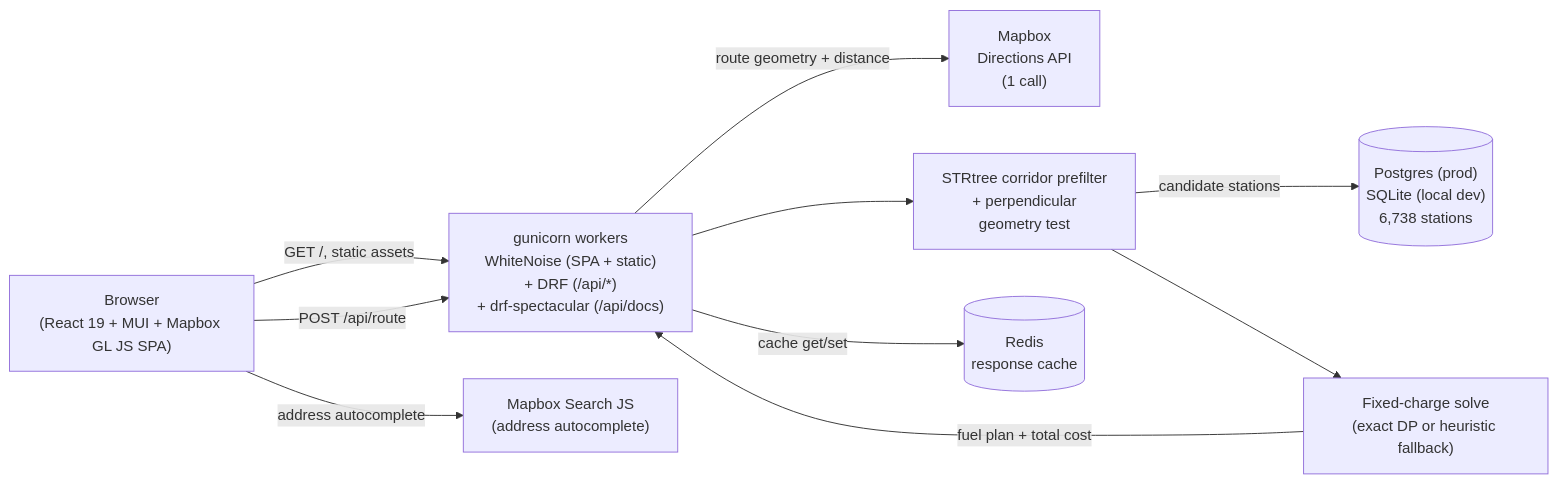
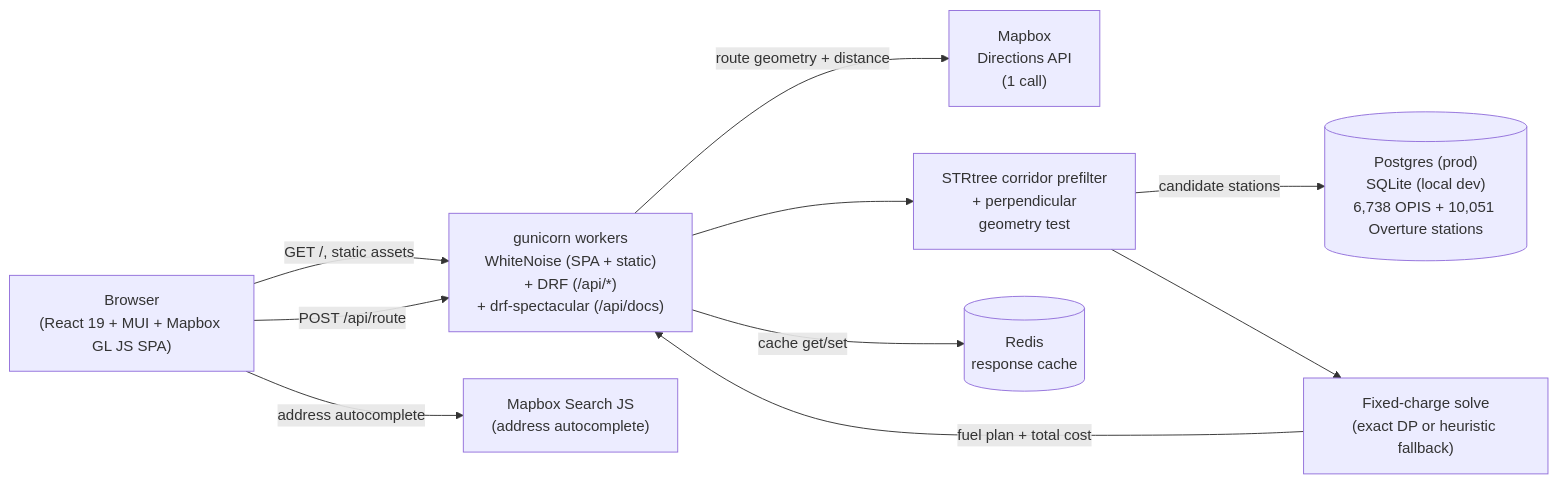
Before and after one commit to jadrianports/tankwise: the first of 2 diagrams in README.md, drawn with Mermaid. The commit also changed other lines of this file and 2 other files, not shown here.

````diff
--- a/README.md
+++ b/README.md
@@ -76,21 +76,21 @@
 ```mermaid
 flowchart LR
     Browser["Browser<br/>(React 19 + MUI + Mapbox GL JS SPA)"]
     Gunicorn["gunicorn workers<br/>WhiteNoise (SPA + static)<br/>+ DRF (/api/*)<br/>+ drf-spectacular (/api/docs)"]
     Search["Mapbox Search JS<br/>(address autocomplete)"]
     Directions["Mapbox<br/>Directions API<br/>(1 call)"]
     Corridor["STRtree corridor prefilter<br/>+ perpendicular<br/>geometry test"]
     Solver["Fixed-charge solve<br/>(exact DP or heuristic fallback)"]
     Cache[("Redis<br/>response cache")]
-    DB[("Postgres (prod)<br/>SQLite (local dev)<br/>6,738 stations")]
+    DB[("Postgres (prod)<br/>SQLite (local dev)<br/>6,738 OPIS + 10,051 Overture stations")]
 
     Browser -- "address autocomplete" --> Search
     Browser -- "GET /, static assets" --> Gunicorn
     Browser -- "POST /api/route" --> Gunicorn
     Gunicorn -- "cache get/set" --> Cache
     Gunicorn -- "route geometry + distance" --> Directions
     Gunicorn --> Corridor
     Corridor -- "candidate stations" --> DB
     Corridor --> Solver
     Solver -- "fuel plan + total cost" --> Gunicorn
 ```
````
